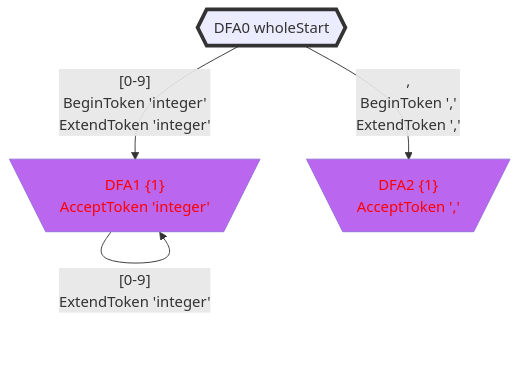
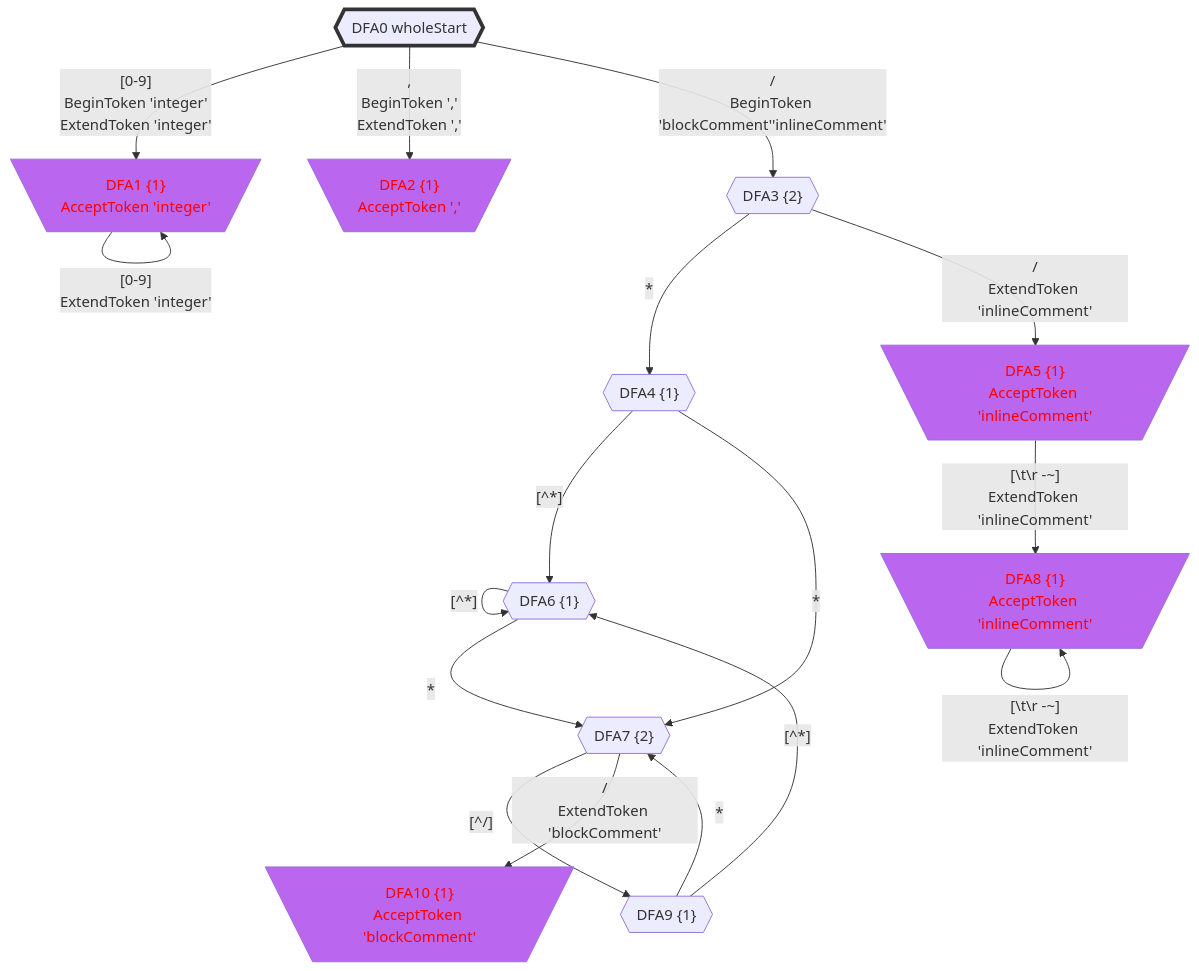
The fifth of 7 diagrams in Practices/Practice.GeneratedXxxFormat.Test/GeneratedInts2/doc/LexicalStates.gen.md (bitzhuwei/GrammarMentor), drawn with Mermaid before and after one commit. The commit also changed other lines of this file and 3868 other files, not shown here.

````diff
--- a/Practices/Practice.GeneratedXxxFormat.Test/GeneratedInts2/doc/LexicalStates.gen.md
+++ b/Practices/Practice.GeneratedXxxFormat.Test/GeneratedInts2/doc/LexicalStates.gen.md
@@ -274,34 +632,66 @@
 ```Mermaid
 flowchart
 classDef c0001 color:#FF0000;
 classDef c0010 stroke-dasharray: 10 10;
 classDef c0011 stroke-dasharray: 10 10,color:#FF0000;
 classDef c0100 fill:#BB66EE;
 classDef c0101 fill:#BB66EE,color:#FF0000;
 classDef c0110 fill:#BB66EE,stroke-dasharray: 10 10;
 classDef c0111 fill:#BB66EE,stroke-dasharray: 10 10,color:#FF0000;
 classDef c1000 stroke:#333,stroke-width:4px;
 classDef c1001 stroke:#333,stroke-width:4px,color:#FF0000;
 classDef c1010 stroke:#333,stroke-width:4px,stroke-dasharray: 10 10;
 classDef c1011 stroke:#333,stroke-width:4px,stroke-dasharray: 10 10,color:#FF0000;
 classDef c1100 stroke:#333,stroke-width:4px,fill:#BB66EE;
 classDef c1101 stroke:#333,stroke-width:4px,fill:#BB66EE,color:#FF0000;
 classDef c1110 stroke:#333,stroke-width:4px,fill:#BB66EE,stroke-dasharray: 10 10;
 classDef c1111 stroke:#333,stroke-width:4px,fill:#BB66EE,stroke-dasharray: 10 10,color:#FF0000;
-DFA0_585978999{{"DFA0 wholeStart"}}
-class DFA0_585978999 c1000;
-DFA1_1120076600[\"DFA1 {1}
+DFA0_2038251495{{"DFA0 wholeStart"}}
+class DFA0_2038251495 c1000;
+DFA1_1487296350[\"DFA1 {1}
 AcceptToken 'integer'"/]
-class DFA1_1120076600 c0101;
-DFA2_-1955808288[\"DFA2 {1}
+class DFA1_1487296350 c0101;
+DFA2_-1392431268[\"DFA2 {1}
 AcceptToken ','"/]
-class DFA2_-1955808288 c0101;
-DFA0_585978999 -->|"[0-9]
+class DFA2_-1392431268 c0101;
+DFA3_1205905158{{"DFA3 {2}"}}
+DFA4_1973535163{{"DFA4 {1}"}}
+DFA5_-1142252594[\"DFA5 {1}
+AcceptToken 'inlineComment'"/]
+class DFA5_-1142252594 c0101;
+DFA6_-1142954445{{"DFA6 {1}"}}
+DFA7_-1142139582{{"DFA7 {2}"}}
+DFA8_385616071[\"DFA8 {1}
+AcceptToken 'inlineComment'"/]
+class DFA8_385616071 c0101;
+DFA9_-521944197{{"DFA9 {1}"}}
+DFA10_75909841[\"DFA10 {1}
+AcceptToken 'blockComment'"/]
+class DFA10_75909841 c0101;
+DFA0_2038251495 -->|"[0-9]
 BeginToken 'integer'
-ExtendToken 'integer'"|DFA1_1120076600
-DFA0_585978999 -->|",
+ExtendToken 'integer'"|DFA1_1487296350
+DFA0_2038251495 -->|",
 BeginToken ','
-ExtendToken ','"|DFA2_-1955808288
-DFA1_1120076600 -->|"[0-9]
-ExtendToken 'integer'"|DFA1_1120076600
+ExtendToken ','"|DFA2_-1392431268
+DFA0_2038251495 -->|"/
+BeginToken 'blockComment''inlineComment'"|DFA3_1205905158
+DFA1_1487296350 -->|"[0-9]
+ExtendToken 'integer'"|DFA1_1487296350
+DFA3_1205905158 -->|"*"|DFA4_1973535163
+DFA3_1205905158 -->|"/
+ExtendToken 'inlineComment'"|DFA5_-1142252594
+DFA4_1973535163 -->|"[^*]"|DFA6_-1142954445
+DFA4_1973535163 -->|"*"|DFA7_-1142139582
+DFA5_-1142252594 -->|"[#92;t#92;r#32;-~]
+ExtendToken 'inlineComment'"|DFA8_385616071
+DFA6_-1142954445 -->|"[^*]"|DFA6_-1142954445
+DFA6_-1142954445 -->|"*"|DFA7_-1142139582
+DFA7_-1142139582 -->|"[^/]"|DFA9_-521944197
+DFA7_-1142139582 -->|"/
+ExtendToken 'blockComment'"|DFA10_75909841
+DFA8_385616071 -->|"[#92;t#92;r#32;-~]
+ExtendToken 'inlineComment'"|DFA8_385616071
+DFA9_-521944197 -->|"[^*]"|DFA6_-1142954445
+DFA9_-521944197 -->|"*"|DFA7_-1142139582
 ```
````
